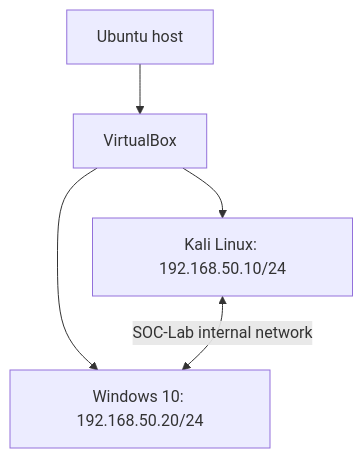
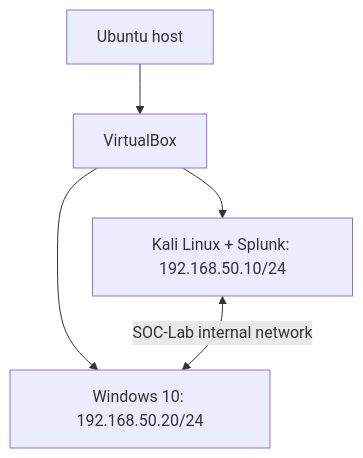
Before and after one commit to stareno/SOC-Home-Lab-Setup: the diagram in README.md, drawn with Mermaid. The commit also changed other lines of this file and 1 other file, not shown here.

Commit message:
Integrate Splunk into the main SOC home lab README

````diff
--- a/README.md
+++ b/README.md
@@ -24,7 +19,7 @@
 ```mermaid
 flowchart TD
     H[Ubuntu host] --> V[VirtualBox]
-    V --> K["Kali Linux: 192.168.50.10/24"]
+    V --> K["Kali Linux + Splunk: 192.168.50.10/24"]
     V --> W["Windows 10: 192.168.50.20/24"]
     K <-->|SOC-Lab internal network| W
 ```
````
